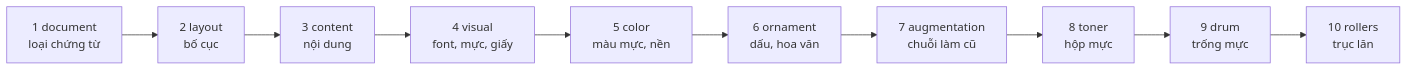
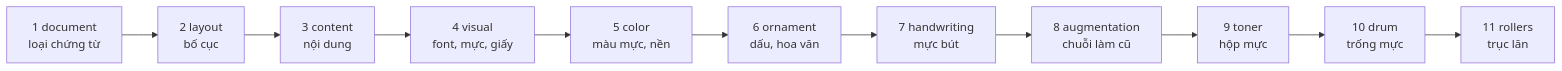
The second of 5 diagrams in README.md (LinhPhuong14/vlm-ocr-synthetic), drawn with Mermaid before and after one commit. The commit also changed other lines of this file and 119 other files, not shown here.

````diff
--- a/README.md
+++ b/README.md
@@ -106,6 +106,6 @@
 ```mermaid
 flowchart LR
     d["1 document<br/>loại chứng từ"] --> l["2 layout<br/>bố cục"] --> c["3 content<br/>nội dung"] --> v["4 visual<br/>font, mực, giấy"]
-    v --> col["5 color<br/>màu mực, nền"] --> orn["6 ornament<br/>dấu, hoa văn"] --> a["7 augmentation<br/>chuỗi làm cũ"]
-    a --> t["8 toner<br/>hộp mực"] --> dr["9 drum<br/>trống mực"] --> ro["10 rollers<br/>trục lăn"]
+    v --> col["5 color<br/>màu mực, nền"] --> orn["6 ornament<br/>dấu, hoa văn"] --> hw["7 handwriting<br/>mực bút"]
+    hw --> a["8 augmentation<br/>chuỗi làm cũ"] --> t["9 toner<br/>hộp mực"] --> dr["10 drum<br/>trống mực"] --> ro["11 rollers<br/>trục lăn"]
 ```
````
